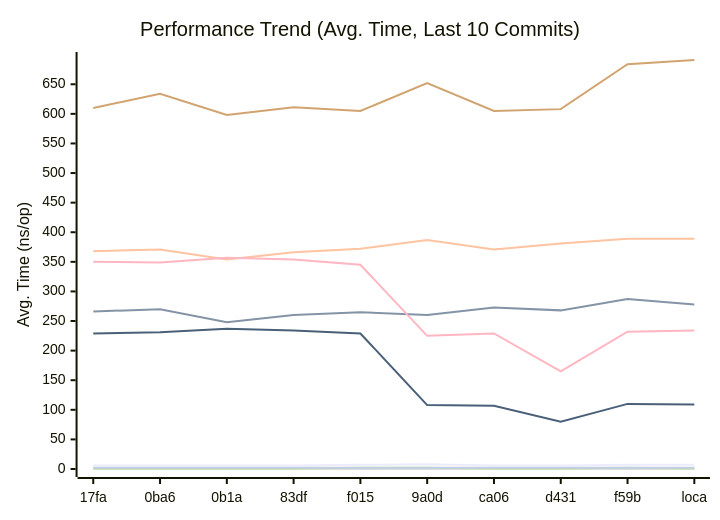
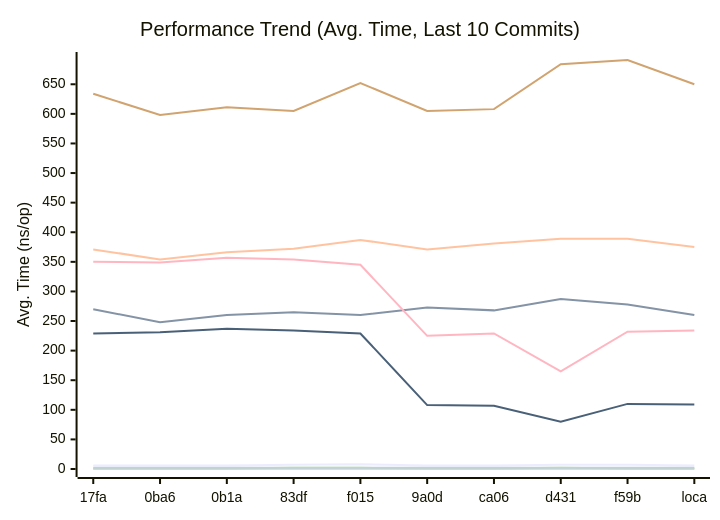
One commit to alsotoes/momo changed the first of 3 diagrams in docs/PERFORMANCE.md. Above: the diagram before and after it, drawn with Mermaid. The commit also changed other lines of this file and 3 other files, not shown here.

````diff
--- a/docs/PERFORMANCE.md
+++ b/docs/PERFORMANCE.md
@@ -81,16 +80,16 @@
 ```mermaid
 xychart-beta
     title "Performance Trend (Avg. Time, Last 10 Commits)"
     x-axis "Commit"
     y-axis "Avg. Time (ns/op)"
     x-axis [17fa,0ba6,0b1a,83df,f015,9a0d,ca06,d431,f59b,loca]
-    line "CheckMetricsAndSwap" [6,6,6,6,7,8,6,6,7,7]
-    line "CrushOptimized" [266,270,248,260,265,260,273,268,287,278]
-    line "CrushOriginal" [368,371,354,366,372,387,371,381,389,389]
+    line "CheckMetricsAndSwap" [6,6,6,7,8,6,6,7,7,6]
+    line "CrushOptimized" [270,248,260,265,260,273,268,287,278,260]
+    line "CrushOriginal" [371,354,366,372,387,371,381,389,389,375]
     line "IndexDirectTracking" [0,0,0,0,0,0,0,0,0,0]
-    line "IndexSearch" [1,1,1,1,2,2,1,1,2,1]
-    line "LoadGlobalConfig" [610,634,598,611,605,652,605,608,684,691]
+    line "IndexSearch" [1,1,1,2,2,1,1,2,1,1]
+    line "LoadGlobalConfig" [634,598,611,605,652,605,608,684,691,650]
     line "PadString" [2,2,2,2,2,2,2,2,2,2]
     line "ParseReplicationOrder_NoPrealloc" [350,349,357,354,345,225,229,165,232,234]
     line "ParseReplicationOrder_Prealloc" [229,231,237,234,229,108,107,80,110,109]
 ```
````
